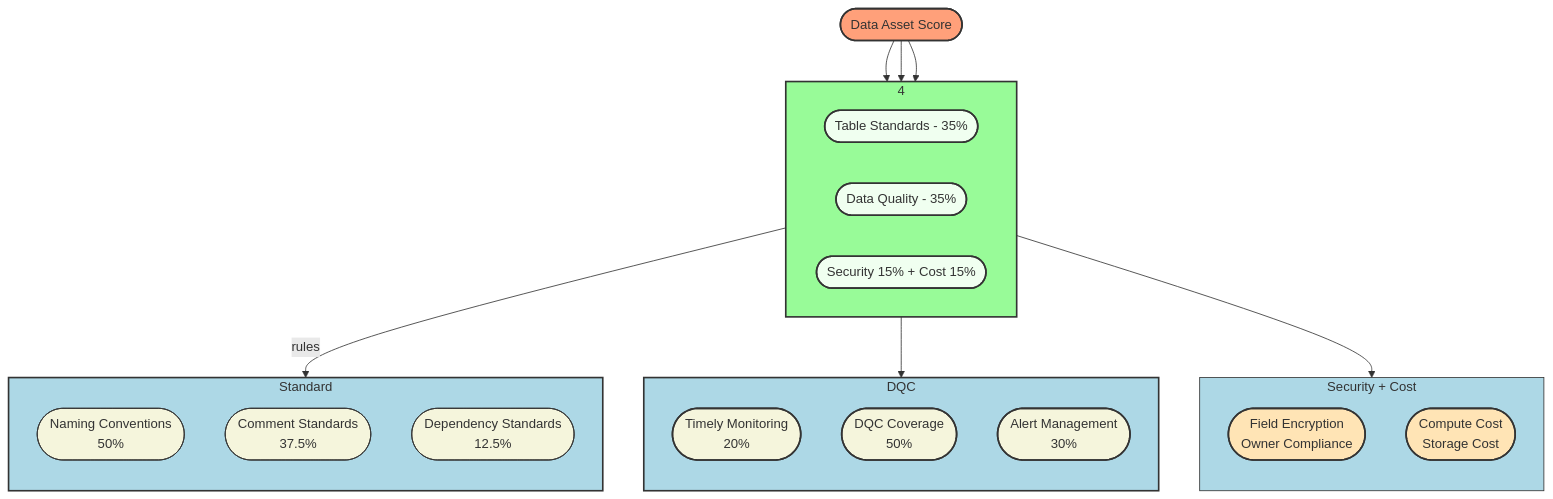
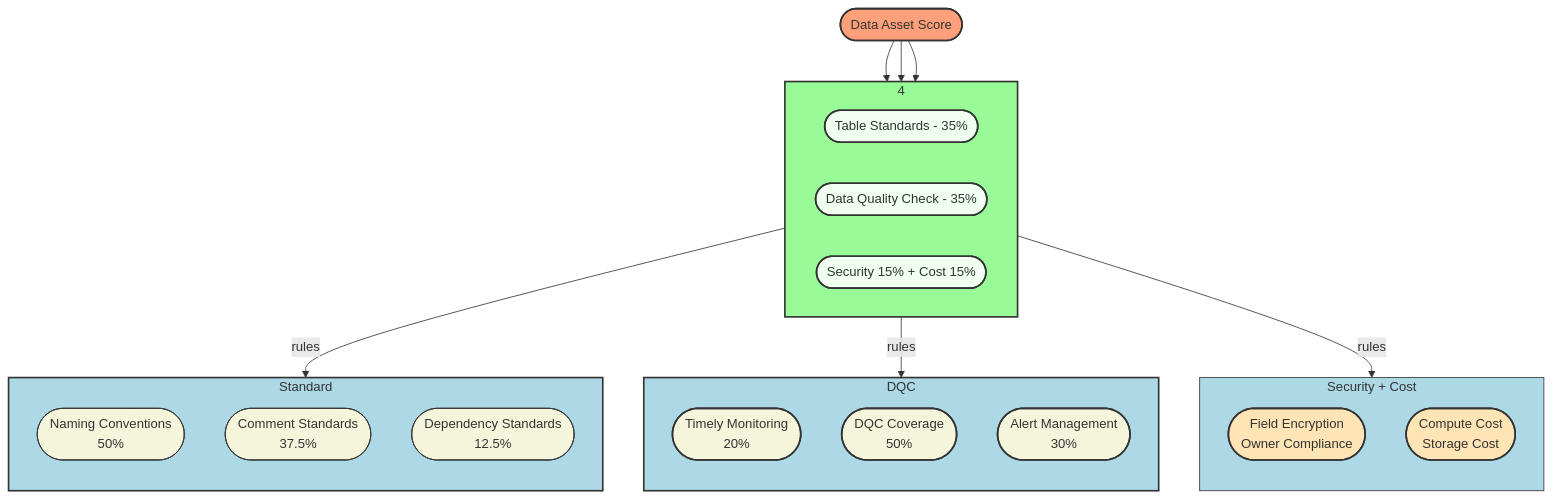
Before and after one commit to blaire101/data-warehouse-solutions: the first of 5 diagrams in README.md, drawn with Mermaid.

````diff
--- a/README.md
+++ b/README.md
@@ -19,52 +19,52 @@
 ```mermaid
 flowchart TD
  subgraph SG_DataAssetScore["4"]
     direction LR
         DAS_A(["Table Standards - 35%"])
-        DAS_B(["Data Quality - 35%"])
+        DAS_B(["Data Quality Check - 35%"])
         DAS_C(["Security 15% + Cost 15%"])
   end
  subgraph DAS_SECO["Security + Cost"]
     direction TB
         SECO_A(["Field Encryption <br>Owner Compliance"])
         SECO_B(["Compute Cost <br>Storage Cost"])
   end
  subgraph DAS_DataQuality["DQC"]
     direction TB
         DQ_A(["Timely Monitoring <br>20%"])
         DQ_B(["DQC Coverage <br>50%"])
         DQ_C(["Alert Management <br>30%"])
   end
  subgraph DAS_Standard["Standard"]
     direction TB
         ST_A(["Naming Conventions <br>50%"])
         ST_B(["Comment Standards <br>37.5%"])
         ST_C(["Dependency Standards <br>12.5%"])
   end
     DAS(["Data Asset Score"]) --> DAS_A & DAS_B & DAS_C
     DAS_A -- rules --> DAS_Standard
-    DAS_B --> DAS_DataQuality
-    DAS_C --> DAS_SECO
+    DAS_B -- rules --> DAS_DataQuality
+    DAS_C -- rules --> DAS_SECO
     style DAS_A fill:#F0FFF0,stroke:#333,stroke-width:2px
     style DAS_B fill:#F0FFF0,stroke:#333,stroke-width:2px
     style DAS_C fill:#F0FFF0,stroke:#333,stroke-width:2px
     style SECO_A fill:#FFE4B5,stroke:#333,stroke-width:2px
     style SECO_B fill:#FFE4B5,stroke:#333,stroke-width:2px
     style DQ_A fill:#F5F5DC,stroke:#333,stroke-width:2px
     style DQ_B fill:#F5F5DC,stroke:#333,stroke-width:2px
     style DQ_C fill:#F5F5DC,stroke:#333,stroke-width:2px
     style ST_A fill:#F5F5DC,stroke:#333,stroke-width:1px
     style ST_B fill:#F5F5DC,stroke:#333,stroke-width:1px
     style ST_C fill:#F5F5DC,stroke:#333,stroke-width:1px
     style DAS fill:#FFA07A,stroke:#333,stroke-width:2px
     style DAS_Standard fill:#ADD8E6,stroke:#333,stroke-width:2px
     style DAS_DataQuality fill:#ADD8E6,stroke:#333,stroke-width:2px
     style DAS_SECO fill:#ADD8E6,stroke:#333,stroke-width:1px
     style SG_DataAssetScore fill:#98FB98,stroke:#333,stroke-width:2px
     linkStyle 0 stroke:#333,stroke-width:1px,fill:none
     linkStyle 1 stroke:#333,stroke-width:1px,fill:none
     linkStyle 2 stroke:#333,stroke-width:1px,fill:none
     linkStyle 3 stroke:#333,stroke-width:1px,fill:none
     linkStyle 4 stroke:#333,stroke-width:1px,fill:none
     linkStyle 5 stroke:#333,stroke-width:1px,fill:none
 ```
````
